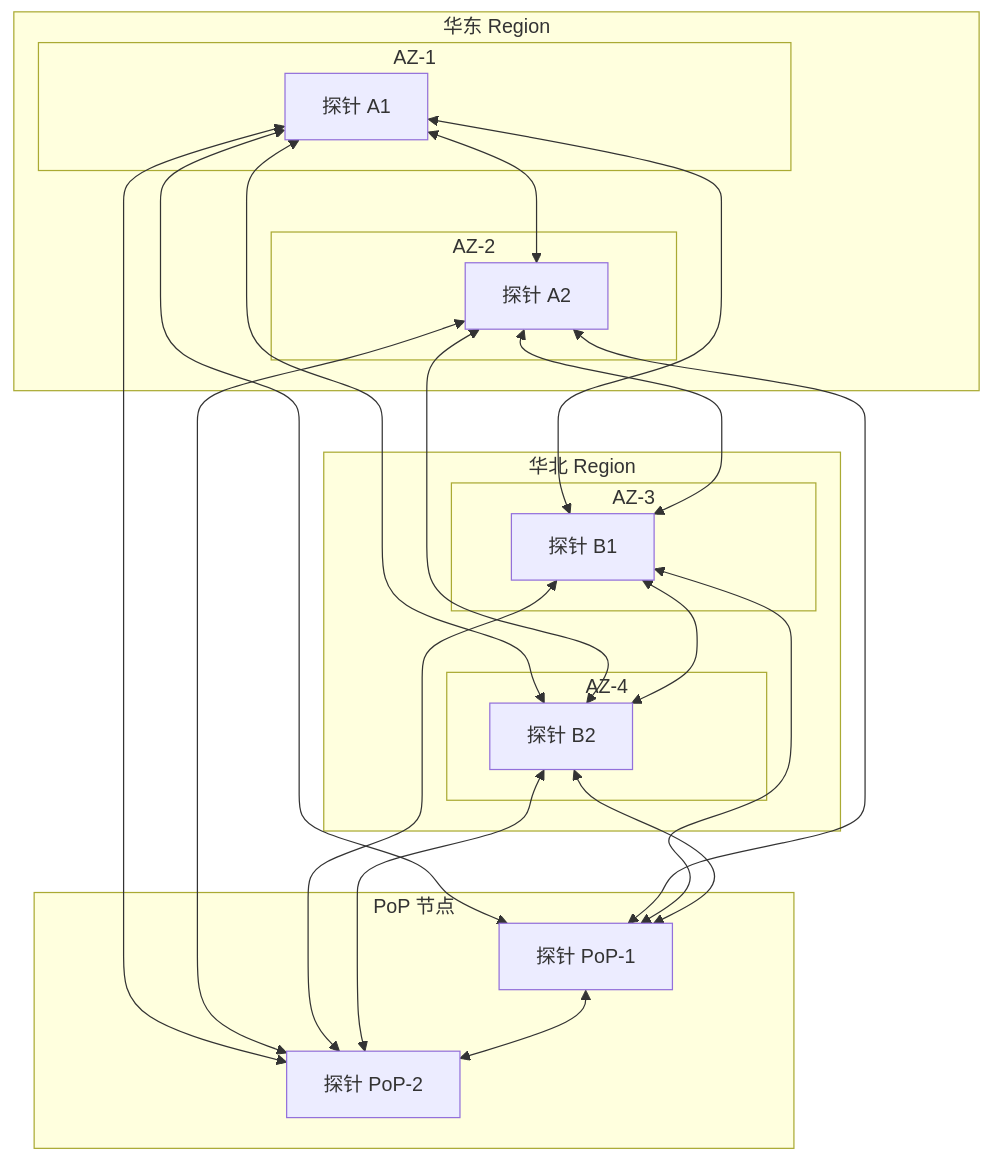
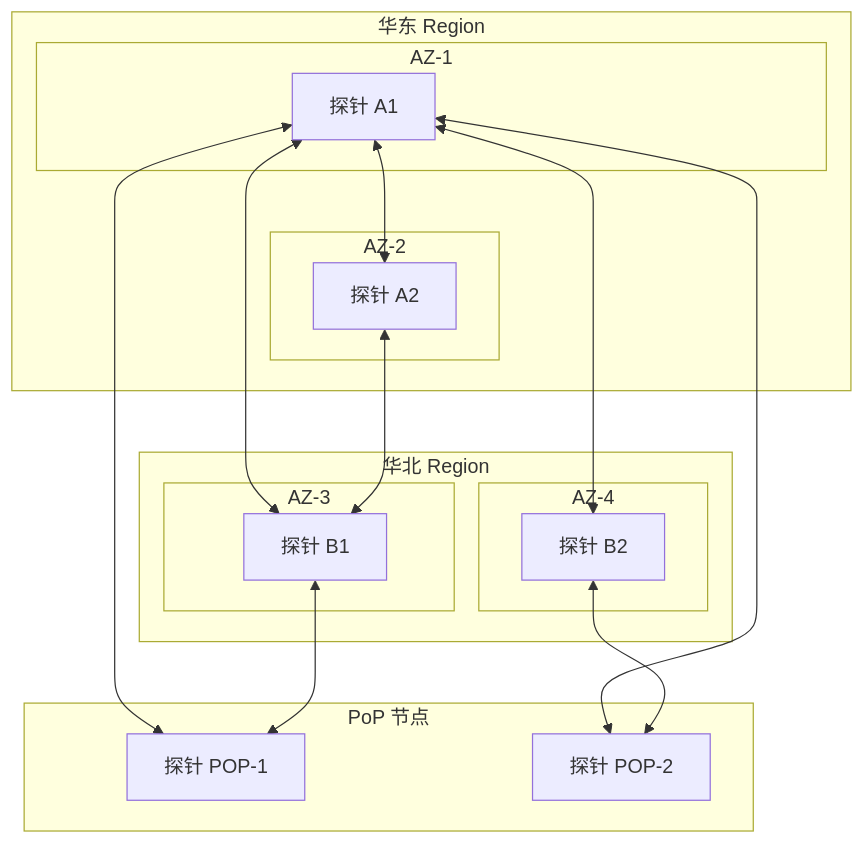
Before and after one commit to caozhiyi/network-book: the first of 4 diagrams in docs/29.在用户感知之前发现故障主动探测.md, drawn with Mermaid. The commit also changed other lines of this file and 14 other files, not shown here.

````diff
--- a/docs/29.在用户感知之前发现故障主动探测.md
+++ b/docs/29.在用户感知之前发现故障主动探测.md
@@ -37,41 +33,31 @@
 ```mermaid
 graph TB
-    subgraph 华东 Region
-        subgraph AZ-1
-            P1[探针 A1]
+    subgraph HD["华东 Region"]
+        subgraph AZ1["AZ-1"]
+            P1["探针 A1"]
         end
-        subgraph AZ-2
-            P2[探针 A2]
+        subgraph AZ2["AZ-2"]
+            P2["探针 A2"]
         end
     end
-    
-    subgraph 华北 Region
-        subgraph AZ-3
-            P3[探针 B1]
+    subgraph HB["华北 Region"]
+        subgraph AZ3["AZ-3"]
+            P3["探针 B1"]
         end
-        subgraph AZ-4
-            P4[探针 B2]
+        subgraph AZ4["AZ-4"]
+            P4["探针 B2"]
         end
     end
-    
-    subgraph PoP 节点
-        P5[探针 PoP-1]
-        P6[探针 PoP-2]
+    subgraph POP["PoP 节点"]
+        P5["探针 POP-1"]
+        P6["探针 POP-2"]
     end
-    
     P1 <--> P2
     P1 <--> P3
     P1 <--> P4
     P1 <--> P5
     P1 <--> P6
     P2 <--> P3
-    P2 <--> P4
-    P2 <--> P5
-    P2 <--> P6
-    P3 <--> P4
     P3 <--> P5
-    P3 <--> P6
-    P4 <--> P5
     P4 <--> P6
-    P5 <--> P6
 ```
````
